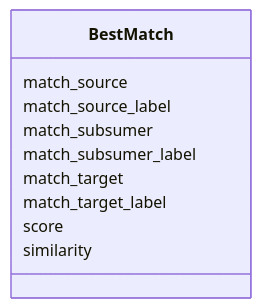
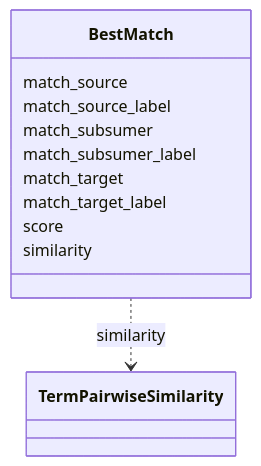
One commit to INCATools/ontology-access-kit changed the diagram in similarity/BestMatch.md. Above: the diagram before and after it, drawn with Mermaid. The commit also changed other lines of this file and 1783 other files, not shown here.

````diff
--- a/similarity/BestMatch.md
+++ b/similarity/BestMatch.md
@@ -9,13 +9,23 @@
 ```{mermaid}
  classDiagram
     class BestMatch
       BestMatch : match_source
+        
       BestMatch : match_source_label
+        
       BestMatch : match_subsumer
+        
       BestMatch : match_subsumer_label
+        
       BestMatch : match_target
+        
       BestMatch : match_target_label
+        
       BestMatch : score
+        
       BestMatch : similarity
+        
+          BestMatch ..> TermPairwiseSimilarity : similarity
+        
       
 ```
````
